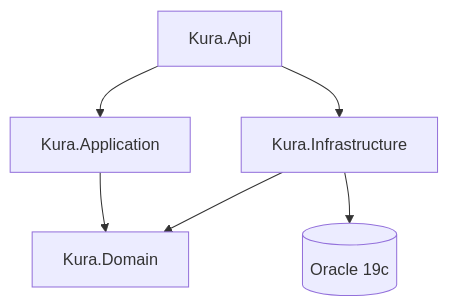
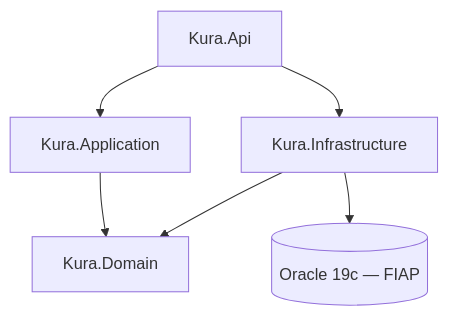
The diagram in README.md (Clyvo-Vet/backend-clinica-dotnet), drawn with Mermaid before and after one commit. The commit also changed other lines of this file and 7 other files, not shown here.

````diff
--- a/README.md
+++ b/README.md
@@ -24,8 +38,8 @@
 ```mermaid
 graph TD
     A[Kura.Api] --> B[Kura.Application]
     A --> C[Kura.Infrastructure]
     B --> D[Kura.Domain]
     C --> D
-    C --> E[(Oracle 19c)]
+    C --> E[(Oracle 19c — FIAP)]
 ```
````
